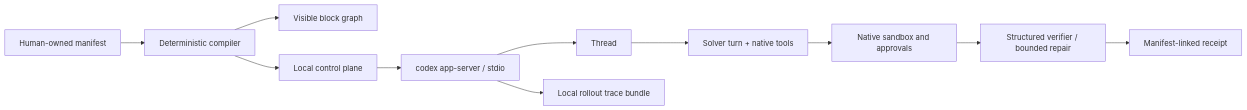
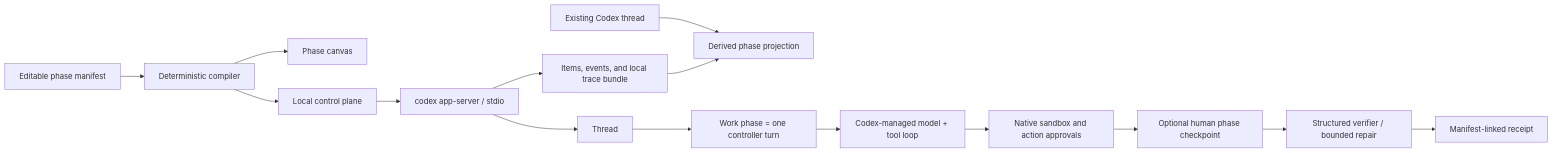
Before and after one commit to MustafaAH10/WeaveCodex: the diagram in weave-control-plane/README.md, drawn with Mermaid. The commit also changed other lines of this file and 16 other files, not shown here.

Commit message:
feat: make Codex harness phases editable

````diff
--- a/weave-control-plane/README.md
+++ b/weave-control-plane/README.md
@@ -7,13 +9,17 @@
 ```mermaid
 flowchart LR
-    Human["Human-owned manifest"] --> Compiler["Deterministic compiler"]
-    Compiler --> Graph["Visible block graph"]
+    History["Existing Codex thread"] --> Projection["Derived phase projection"]
+    Human["Editable phase manifest"] --> Compiler["Deterministic compiler"]
+    Compiler --> Graph["Phase canvas"]
     Compiler --> Runtime["Local control plane"]
     Runtime --> AppServer["codex app-server / stdio"]
     AppServer --> Thread["Thread"]
-    Thread --> Solver["Solver turn + native tools"]
-    Solver --> Gate["Native sandbox and approvals"]
-    Gate --> Verify["Structured verifier / bounded repair"]
+    Thread --> Work["Work phase = one controller turn"]
+    Work --> Loop["Codex-managed model + tool loop"]
+    Loop --> Gate["Native sandbox and action approvals"]
+    Gate --> Checkpoint["Optional human phase checkpoint"]
+    Checkpoint --> Verify["Structured verifier / bounded repair"]
     Verify --> Receipt["Manifest-linked receipt"]
-    AppServer --> Trace["Local rollout trace bundle"]
+    AppServer --> Trace["Items, events, and local trace bundle"]
+    Trace --> Projection
 ```
````
